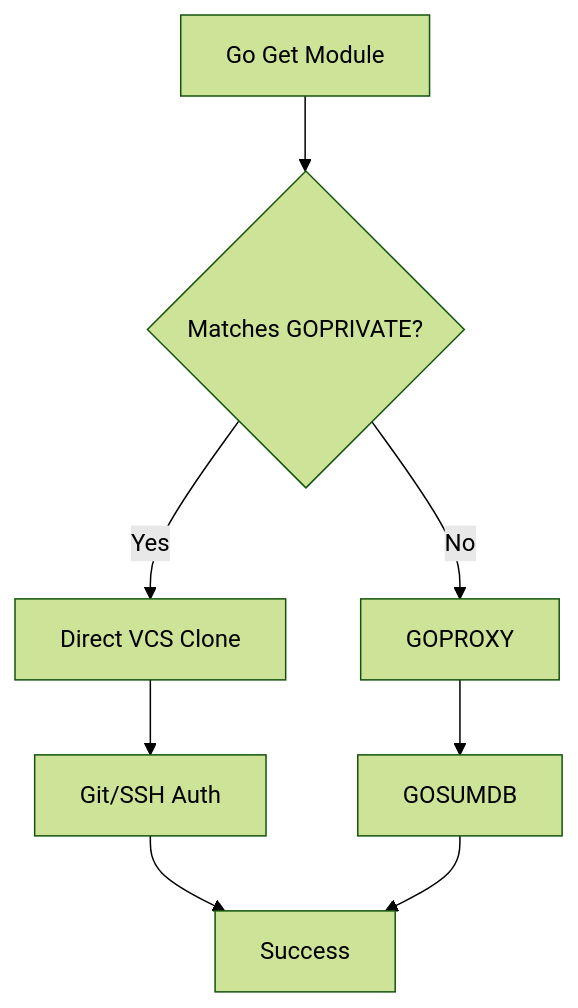
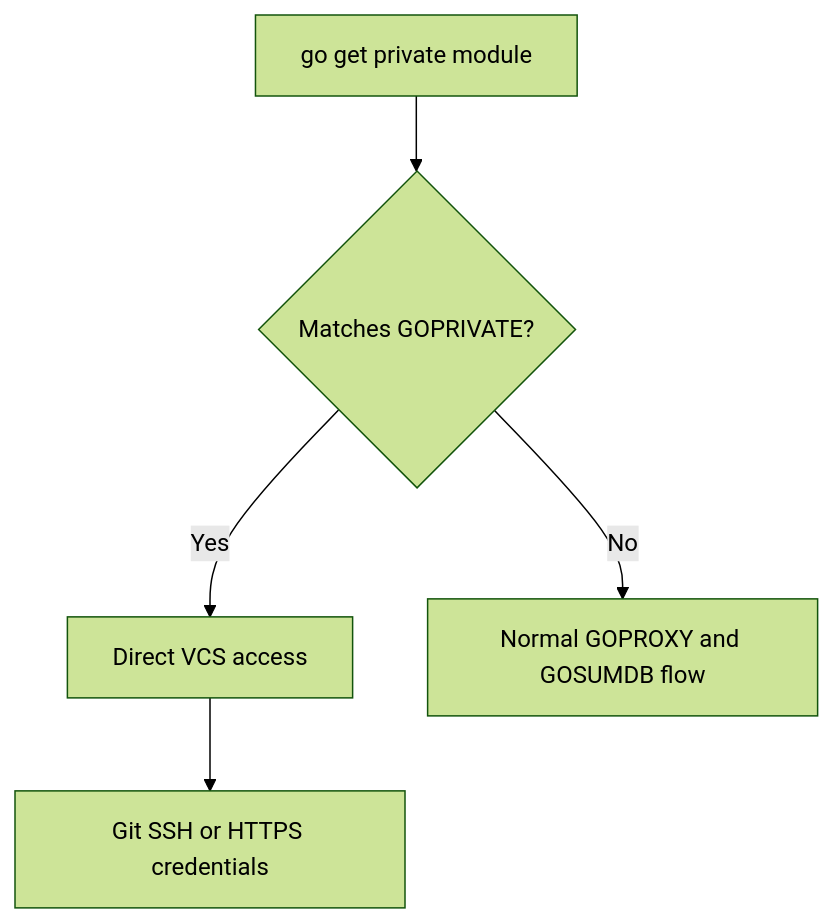
Before and after one commit to syahputrawork98-sketch/Golang-Knowledge-Base: the diagram in RAK-03-evolution/SR-01-module-system/BK-02-enterprise-proxy/CH-02-private-auth/README.md, drawn with Mermaid (forest theme). The commit also changed other lines of this file and 32 other files, not shown here.

````diff
--- a/RAK-03-evolution/SR-01-module-system/BK-02-enterprise-proxy/CH-02-private-auth/README.md
+++ b/RAK-03-evolution/SR-01-module-system/BK-02-enterprise-proxy/CH-02-private-auth/README.md
@@ -37,10 +33,7 @@
 ```mermaid
 graph TD
-    A[Go Get Module] --> B{Matches GOPRIVATE?}
-    B -->|Yes| C[Direct VCS Clone]
-    C --> D[Git/SSH Auth]
-    B -->|No| E[GOPROXY]
-    E --> F[GOSUMDB]
-    D --> G[Success]
-    F --> G
+    Request[go get private module] --> Match{Matches GOPRIVATE?}
+    Match -->|Yes| Direct[Direct VCS access]
+    Direct --> Auth[Git SSH or HTTPS credentials]
+    Match -->|No| PublicFlow[Normal GOPROXY and GOSUMDB flow]
 ```
````
